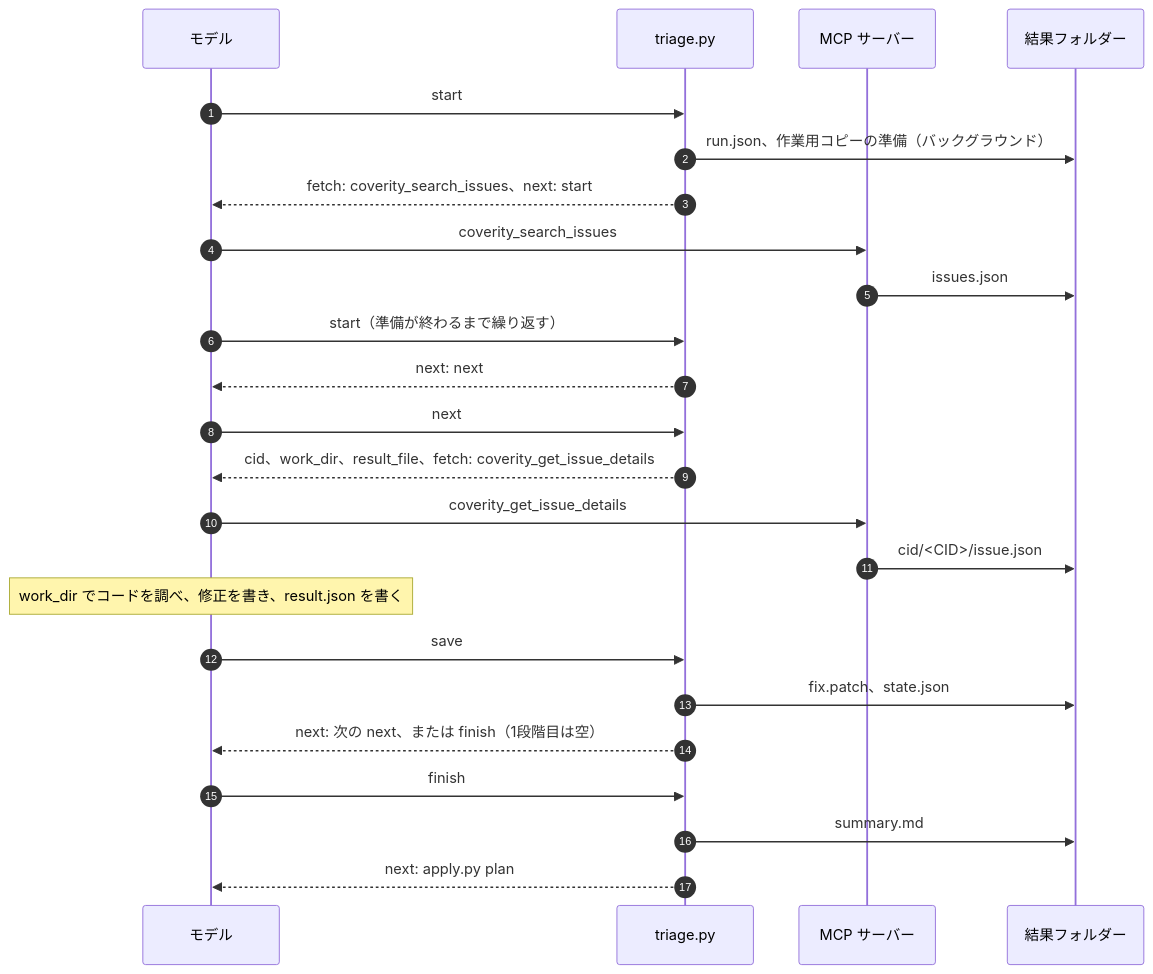
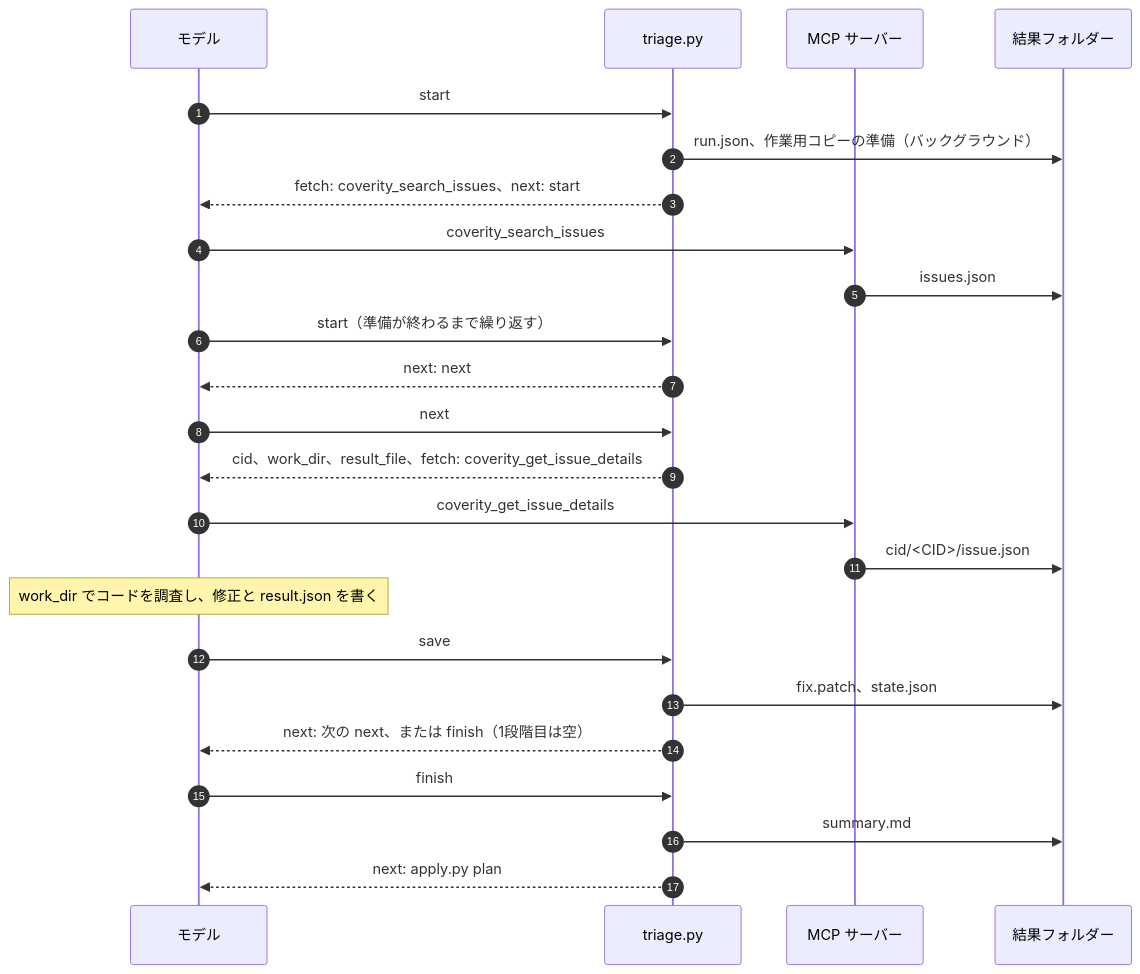
One commit to xclang-brain/plugin-market-place changed the second of 4 diagrams in docs-site/docs/dev/architecture.md. Above: the diagram before and after it, drawn with Mermaid. The commit also changed other lines of this file and 9 other files, not shown here.

````diff
--- a/docs-site/docs/dev/architecture.md
+++ b/docs-site/docs/dev/architecture.md
@@ -50,26 +50,26 @@
 ```mermaid
 sequenceDiagram
   autonumber
   participant A as モデル
   participant T as triage.py
   participant M as MCP サーバー
   participant R as 結果フォルダー
   A->>T: start
   T->>R: run.json、作業用コピーの準備（バックグラウンド）
   T-->>A: fetch: coverity_search_issues、next: start
   A->>M: coverity_search_issues
   M->>R: issues.json
   A->>T: start（準備が終わるまで繰り返す）
   T-->>A: next: next
   A->>T: next
   T-->>A: cid、work_dir、result_file、fetch: coverity_get_issue_details
   A->>M: coverity_get_issue_details
   M->>R: cid/<CID>/issue.json
-  Note over A: work_dir でコードを調べ、修正を書き、result.json を書く
+  Note over A: work_dir でコードを調査し、修正と result.json を書く
   A->>T: save
   T->>R: fix.patch、state.json
   T-->>A: next: 次の next、または finish（1段階目は空）
   A->>T: finish
   T->>R: summary.md
   T-->>A: next: apply.py plan
 ```
````
